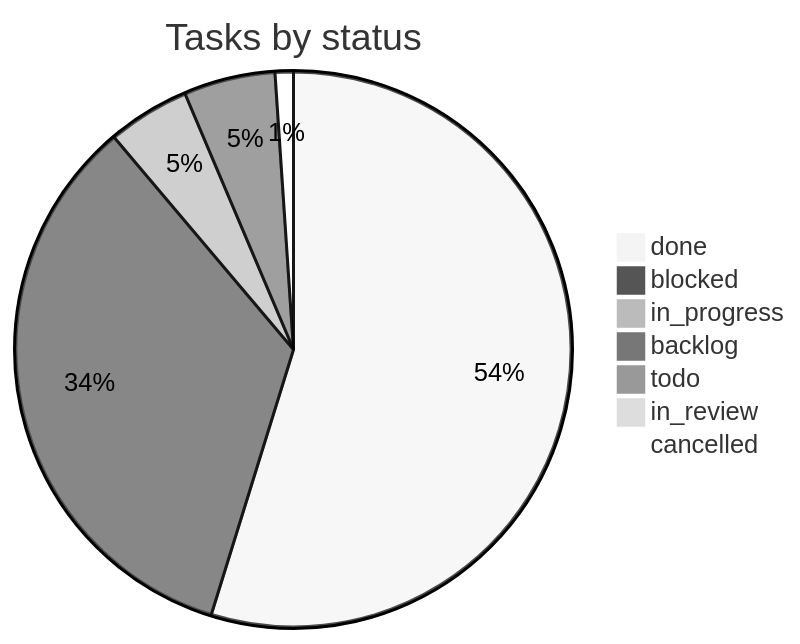
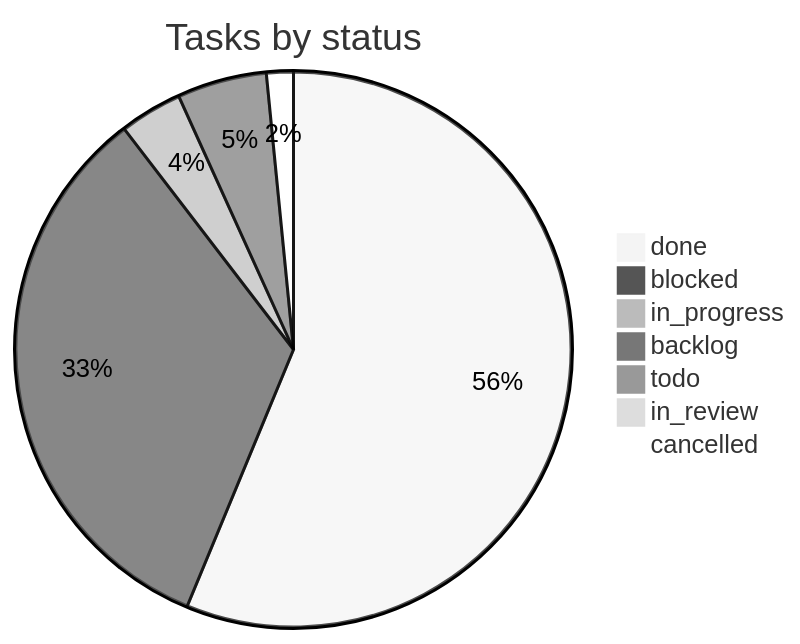
The second of 2 diagrams in PROGRESS.md (vulcanflow/docs), drawn with Mermaid (neutral theme) before and after one commit. The commit also changed other lines of this file and 1 other file, not shown here.

Commit message:
progress: 5 deliveries (VFL-112, VFL-197, VFL-241, VFL-247, VFL-249), 11 status changes, 4 new tasks (#90)

````diff
--- a/PROGRESS.md
+++ b/PROGRESS.md
@@ -58,10 +58,10 @@
 ```mermaid
 pie title Tasks by status
-  "done" : 103
+  "done" : 108
   "blocked" : 64
-  "in_progress" : 9
+  "in_progress" : 7
   "backlog" : 10
   "todo" : 1
   "in_review" : 1
-  "cancelled" : 2
+  "cancelled" : 3
 ```
````
